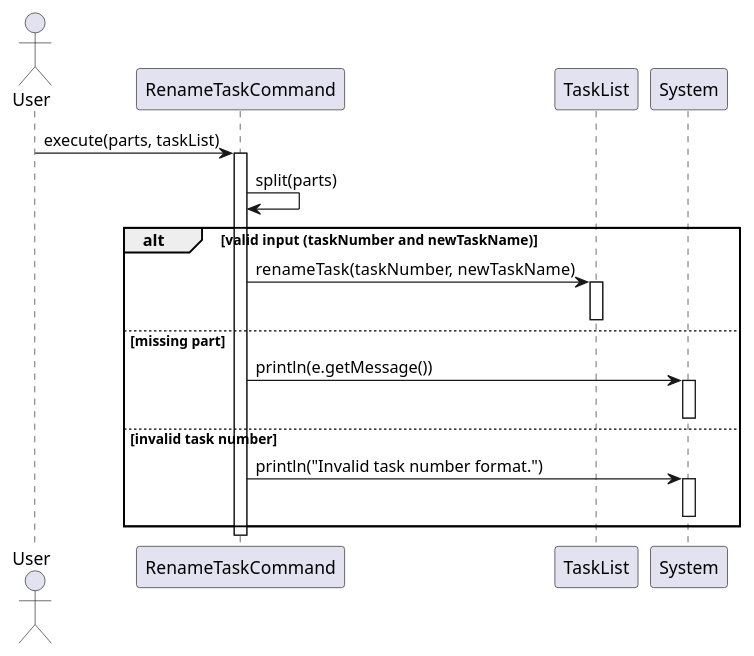
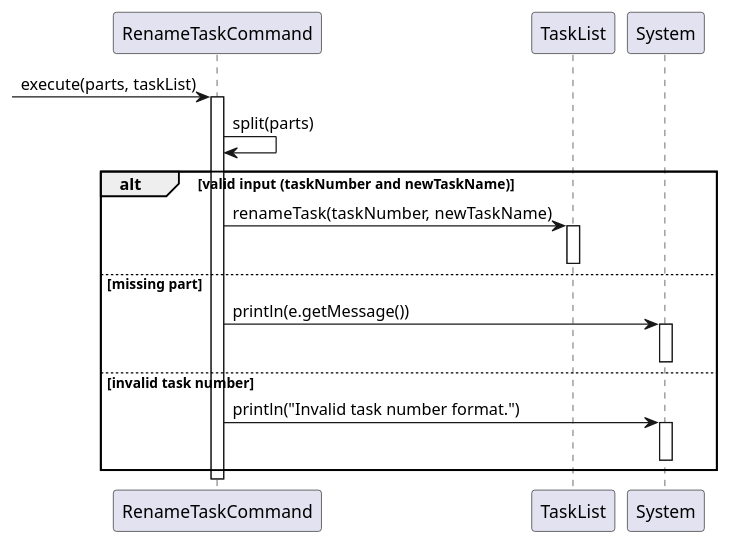
Before and after one commit to wongyihao02/tp: the diagram in docs/diagrams/tasklistcommands/RenameTaskCommandSequenceDiagram.puml, drawn with PlantUML. The commit also changed 19 other files, not shown here.

Commit message:
Edit sequence diagrams for taskcommands

```diff
--- a/docs/diagrams/tasklistcommands/RenameTaskCommandSequenceDiagram.puml
+++ b/docs/diagrams/tasklistcommands/RenameTaskCommandSequenceDiagram.puml
@@ -1,30 +1,28 @@
 @startuml
 'https://plantuml.com/sequence-diagram
-
-actor User
 
 participant "RenameTaskCommand" as RenameCmd
 participant "TaskList" as TaskList
 participant "System" as Console
 
-User -> RenameCmd : execute(parts, taskList)
+-> RenameCmd : execute(parts, taskList)
 activate RenameCmd
 
 RenameCmd -> RenameCmd : split(parts)
 
 alt valid input (taskNumber and newTaskName)
     RenameCmd -> TaskList : renameTask(taskNumber, newTaskName)
     activate TaskList
     deactivate TaskList
 else missing part
     RenameCmd -> Console : println(e.getMessage())
     activate Console
     deactivate Console
 else invalid task number
     RenameCmd -> Console : println("Invalid task number format.")
     activate Console
     deactivate Console
 end
 
 deactivate RenameCmd
 @enduml
```
